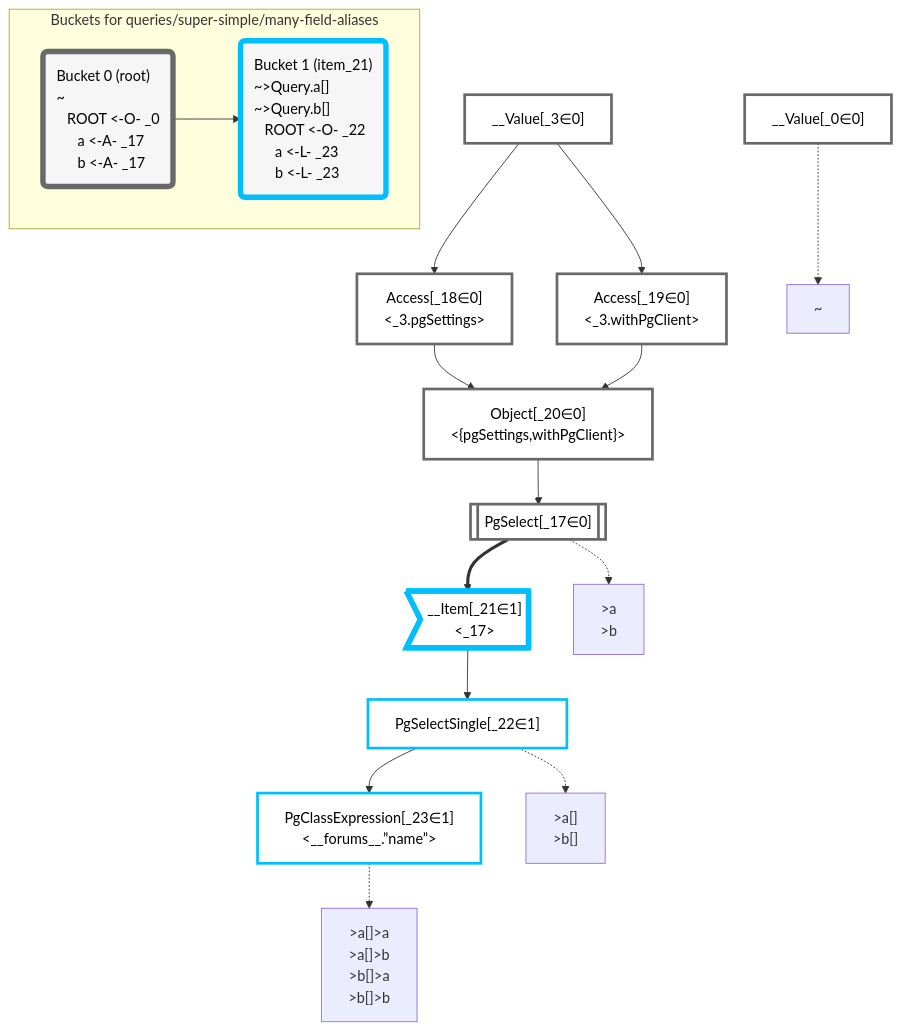
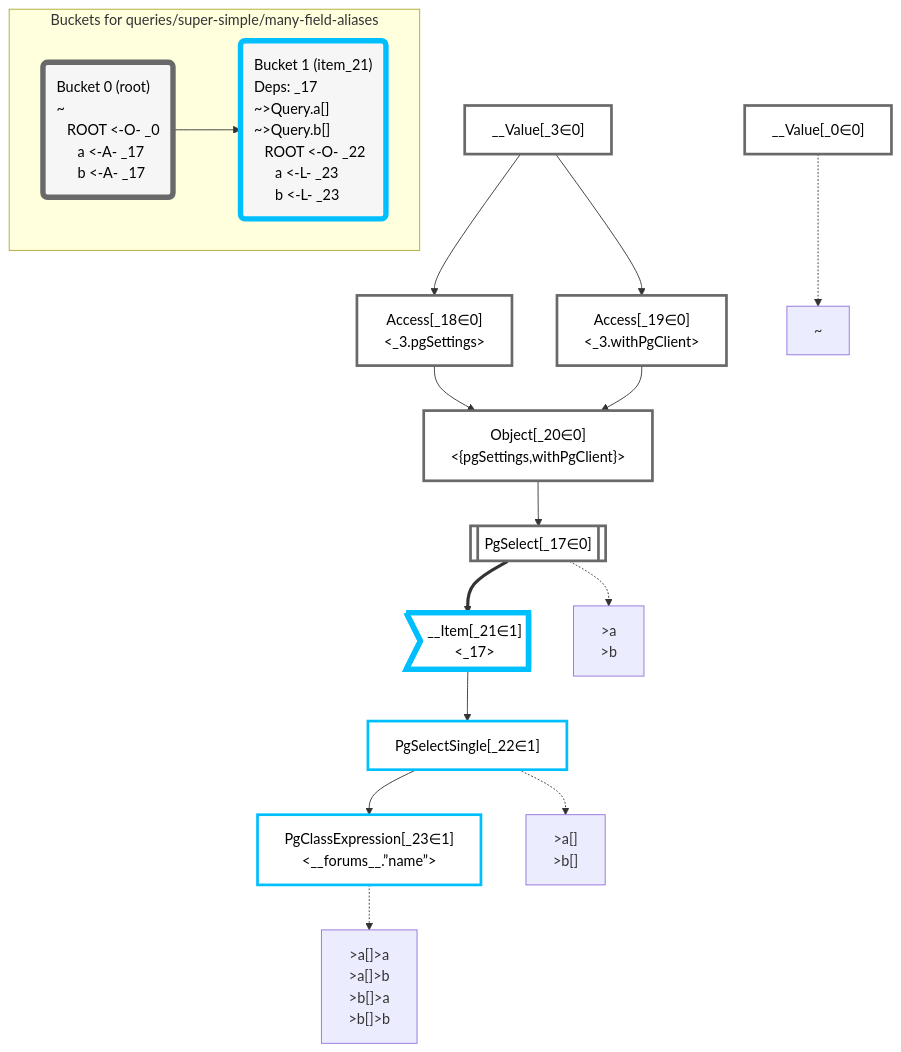
The diagram in packages/dataplan-pg/__tests__/queries/super-simple/many-field-aliases.mermaid.md (graphile/crystal), drawn with Mermaid before and after one commit. The commit also changed 157 other files, not shown here.

Commit message:
Add deps to all query snapshots

````diff
--- a/packages/dataplan-pg/__tests__/queries/super-simple/many-field-aliases.mermaid.md
+++ b/packages/dataplan-pg/__tests__/queries/super-simple/many-field-aliases.mermaid.md
@@ -1,54 +1,54 @@
 ```mermaid
 graph TD
     classDef path fill:#eee,stroke:#000,color:#000
     classDef plan fill:#fff,stroke-width:3px,color:#000
     classDef itemplan fill:#fff,stroke-width:6px,color:#000
     classDef sideeffectplan fill:#f00,stroke-width:6px,color:#000
     classDef bucket fill:#f6f6f6,color:#000,stroke-width:6px,text-align:left
 
 
     %% define plans
     __Value_0["__Value[_0∈0]"]:::plan
     __Value_3["__Value[_3∈0]<br /><context>"]:::plan
     PgSelect_17[["PgSelect[_17∈0]<br /><forums>"]]:::plan
     Access_18["Access[_18∈0]<br /><_3.pgSettings>"]:::plan
     Access_19["Access[_19∈0]<br /><_3.withPgClient>"]:::plan
     Object_20["Object[_20∈0]<br /><{pgSettings,withPgClient}>"]:::plan
     __Item_21>"__Item[_21∈1]<br /><_17>"]:::itemplan
     PgSelectSingle_22["PgSelectSingle[_22∈1]<br /><forums>"]:::plan
     PgClassExpression_23["PgClassExpression[_23∈1]<br /><__forums__.”name”>"]:::plan
 
     %% plan dependencies
     Object_20 --> PgSelect_17
     __Value_3 --> Access_18
     __Value_3 --> Access_19
     Access_18 --> Object_20
     Access_19 --> Object_20
     PgSelect_17 ==> __Item_21
     __Item_21 --> PgSelectSingle_22
     PgSelectSingle_22 --> PgClassExpression_23
 
     %% plan-to-path relationships
     P_0["~"]
     __Value_0 -.-> P_0
     P_17[">a<br />>b"]
     PgSelect_17 -.-> P_17
     P_22[">a[]<br />>b[]"]
     PgSelectSingle_22 -.-> P_22
     P_23[">a[]>a<br />>a[]>b<br />>b[]>a<br />>b[]>b"]
     PgClassExpression_23 -.-> P_23
 
     %% allocate buckets
     classDef bucket0 stroke:#696969
     class __Value_0,__Value_3,PgSelect_17,Access_18,Access_19,Object_20 bucket0
     classDef bucket1 stroke:#00bfff
     class __Item_21,PgSelectSingle_22,PgClassExpression_23 bucket1
 
     subgraph "Buckets for queries/super-simple/many-field-aliases"
     Bucket0("Bucket 0 (root)<br />~<br />⠀ROOT <-O- _0<br />⠀⠀a <-A- _17<br />⠀⠀b <-A- _17"):::bucket
     style Bucket0 stroke:#696969
-    Bucket1("Bucket 1 (item_21)<br />~>Query.a[]<br />~>Query.b[]<br />⠀ROOT <-O- _22<br />⠀⠀a <-L- _23<br />⠀⠀b <-L- _23"):::bucket
+    Bucket1("Bucket 1 (item_21)<br />Deps: _17<br />~>Query.a[]<br />~>Query.b[]<br />⠀ROOT <-O- _22<br />⠀⠀a <-L- _23<br />⠀⠀b <-L- _23"):::bucket
     style Bucket1 stroke:#00bfff
     Bucket0 --> Bucket1
     end
 ```
````
